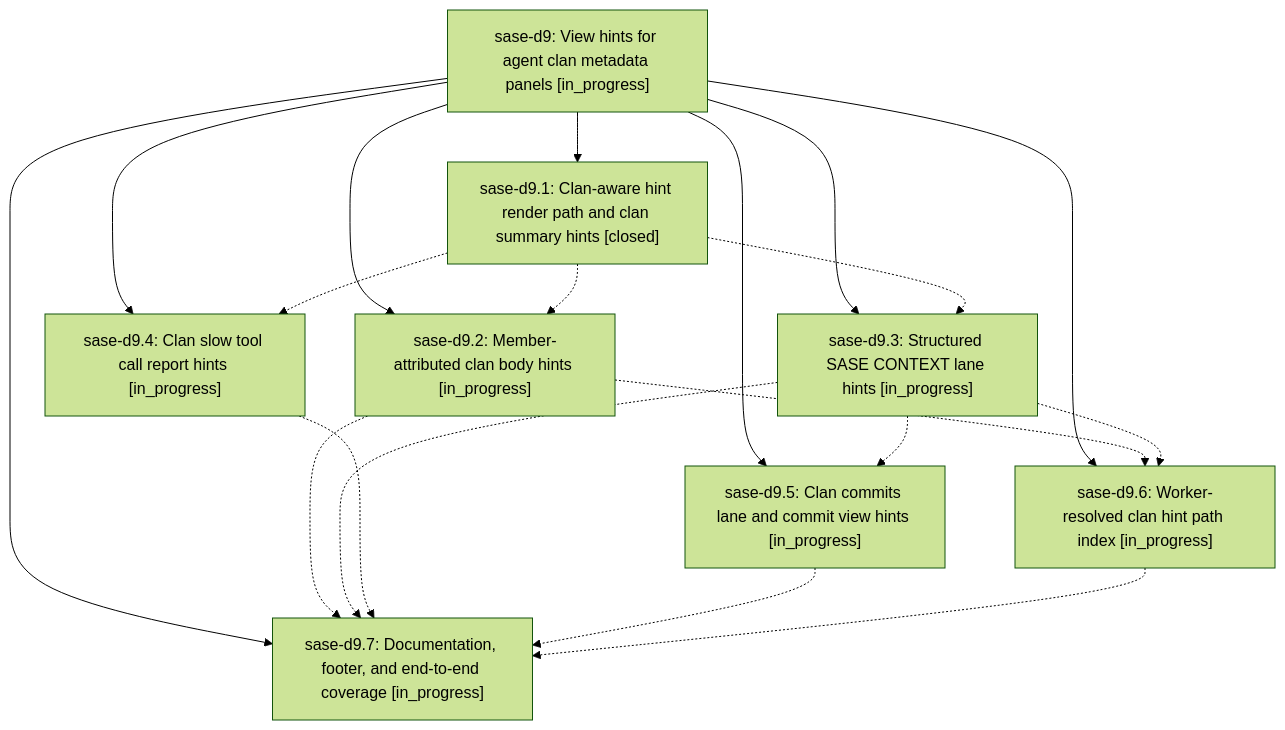
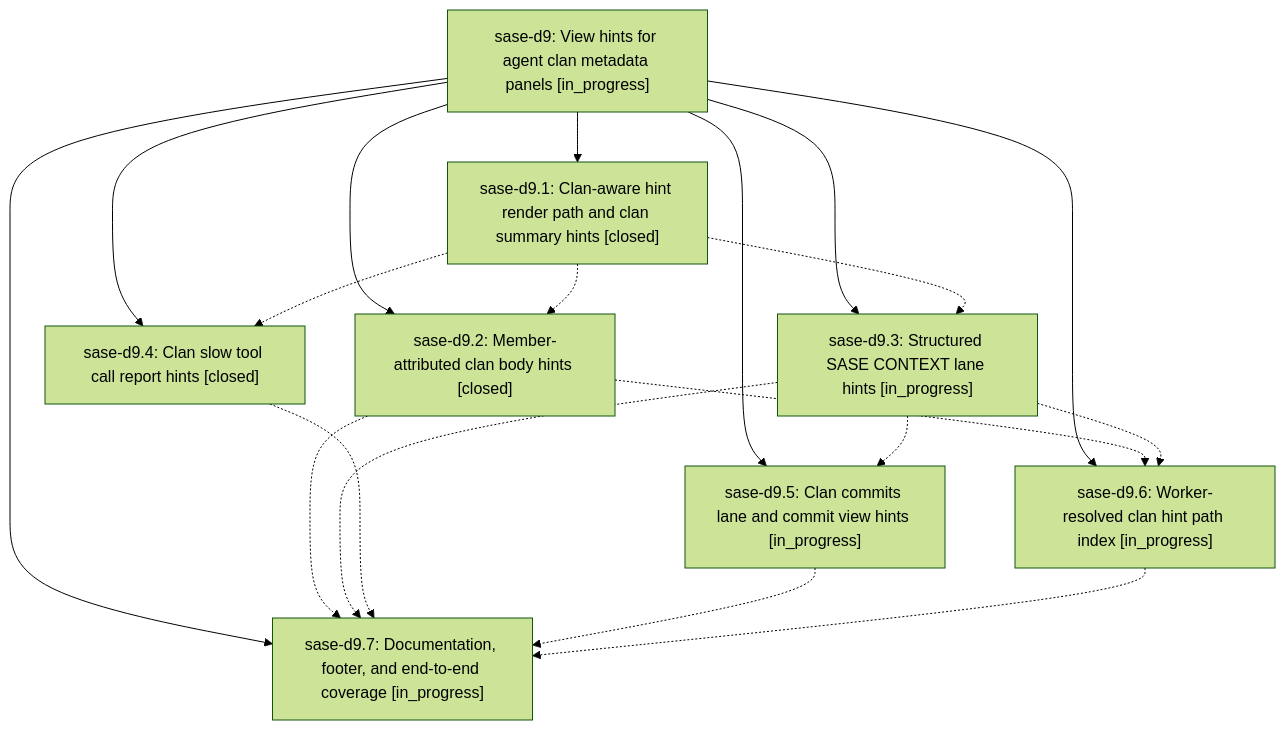
One commit to sase-org/sase--beads changed the diagram in pages/sase-d9/README.md. Above: the diagram before and after it, drawn with Mermaid (forest theme). The commit also changed other lines of this file and 6 other files, not shown here.

````diff
--- a/pages/sase-d9/README.md
+++ b/pages/sase-d9/README.md
@@ -28,29 +28,29 @@
 ```mermaid
 flowchart TD
     n0["sase-d9: View hints for agent clan metadata panels [in_progress]"]
     n1["sase-d9.1: Clan-aware hint render path and clan summary hints [closed]"]
-    n2["sase-d9.2: Member-attributed clan body hints [in_progress]"]
+    n2["sase-d9.2: Member-attributed clan body hints [closed]"]
     n3["sase-d9.3: Structured SASE CONTEXT lane hints [in_progress]"]
-    n4["sase-d9.4: Clan slow tool call report hints [in_progress]"]
+    n4["sase-d9.4: Clan slow tool call report hints [closed]"]
     n5["sase-d9.5: Clan commits lane and commit view hints [in_progress]"]
     n6["sase-d9.6: Worker-resolved clan hint path index [in_progress]"]
     n7["sase-d9.7: Documentation, footer, and end-to-end coverage [in_progress]"]
     n0 --> n1
     n0 --> n2
     n0 --> n3
     n0 --> n4
     n0 --> n5
     n0 --> n6
     n0 --> n7
     n1 -.-> n2
     n1 -.-> n3
     n1 -.-> n4
     n2 -.-> n6
     n2 -.-> n7
     n3 -.-> n5
     n3 -.-> n6
     n3 -.-> n7
     n4 -.-> n7
     n5 -.-> n7
     n6 -.-> n7
 ```
````
